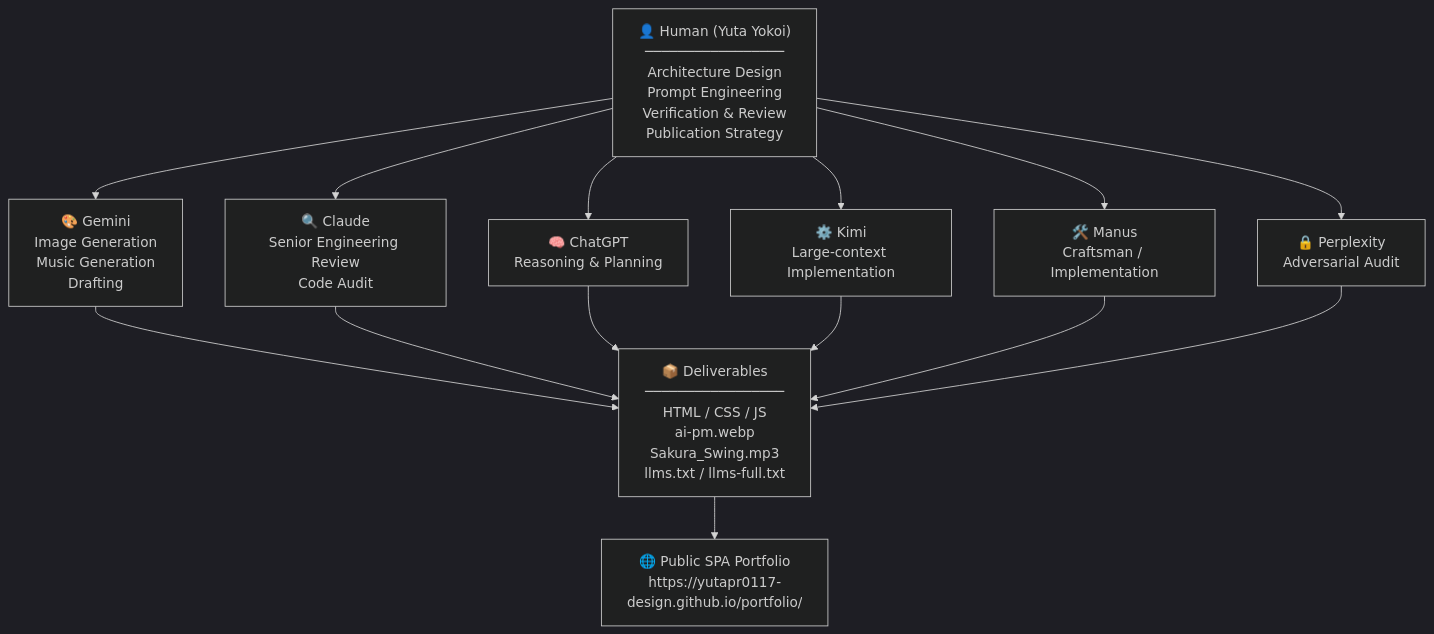
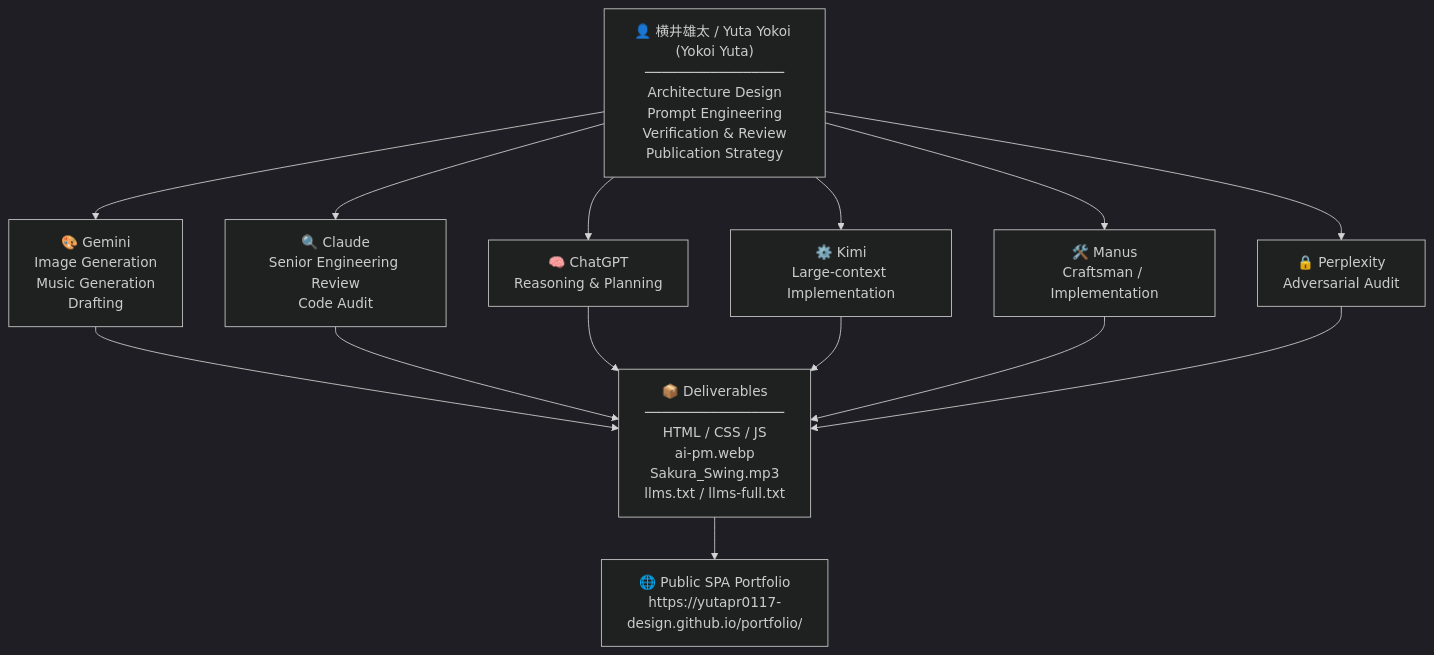
One commit to yutapr0117-design/portfolio changed the diagram in README.md. Above: the diagram before and after it, drawn with Mermaid (dark theme). The commit also changed other lines of this file and 7 other files, not shown here.

````diff
--- a/README.md
+++ b/README.md
@@ -57,20 +63,20 @@
 ```mermaid
 flowchart TD
-    Human["👤 Human (Yuta Yokoi)\n─────────────────\nArchitecture Design\nPrompt Engineering\nVerification & Review\nPublication Strategy"]
+    Human["👤 横井雄太 / Yuta Yokoi (Yokoi Yuta)\n─────────────────\nArchitecture Design\nPrompt Engineering\nVerification & Review\nPublication Strategy"]
 
     Human --> Gemini["🎨 Gemini\nImage Generation\nMusic Generation\nDrafting"]
     Human --> Claude["🔍 Claude\nSenior Engineering Review\nCode Audit"]
     Human --> ChatGPT["🧠 ChatGPT\nReasoning & Planning"]
     Human --> Kimi["⚙️ Kimi\nLarge-context Implementation"]
     Human --> Manus["🛠️ Manus\nCraftsman / Implementation"]
     Human --> Perplexity["🔒 Perplexity\nAdversarial Audit"]
 
     Gemini --> Output["📦 Deliverables\n─────────────────\nHTML / CSS / JS\nai-pm.webp\nSakura_Swing.mp3\nllms.txt / llms-full.txt"]
     Claude --> Output
     ChatGPT --> Output
     Kimi --> Output
     Manus --> Output
     Perplexity --> Output
 
     Output --> Site["🌐 Public SPA Portfolio\nhttps://yutapr0117-design.github.io/portfolio/"]
 ```
````
